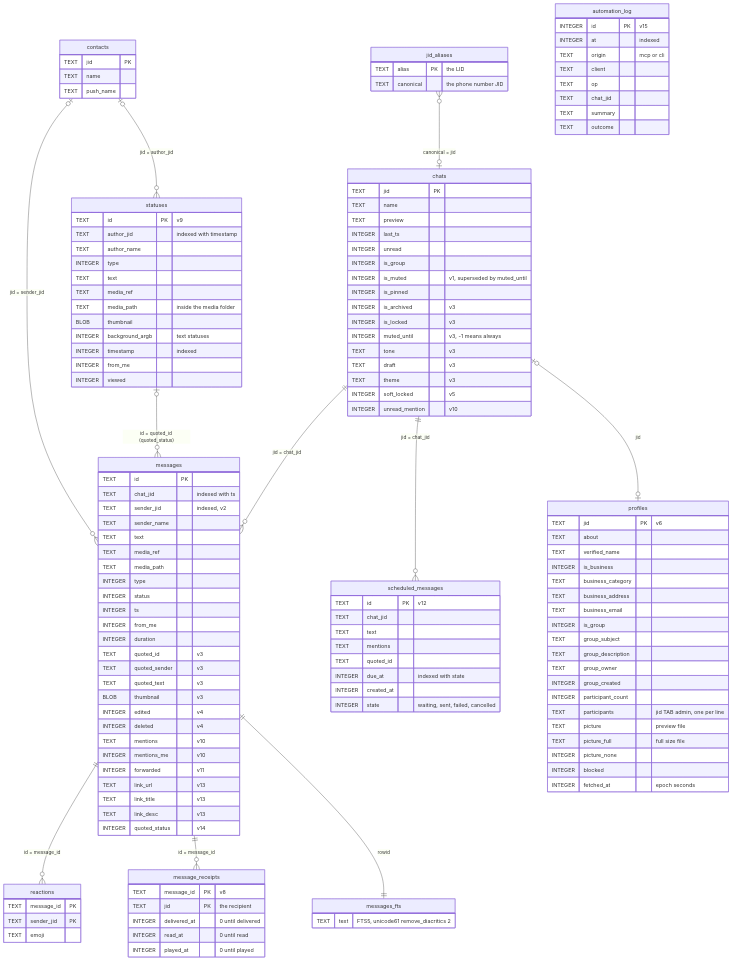
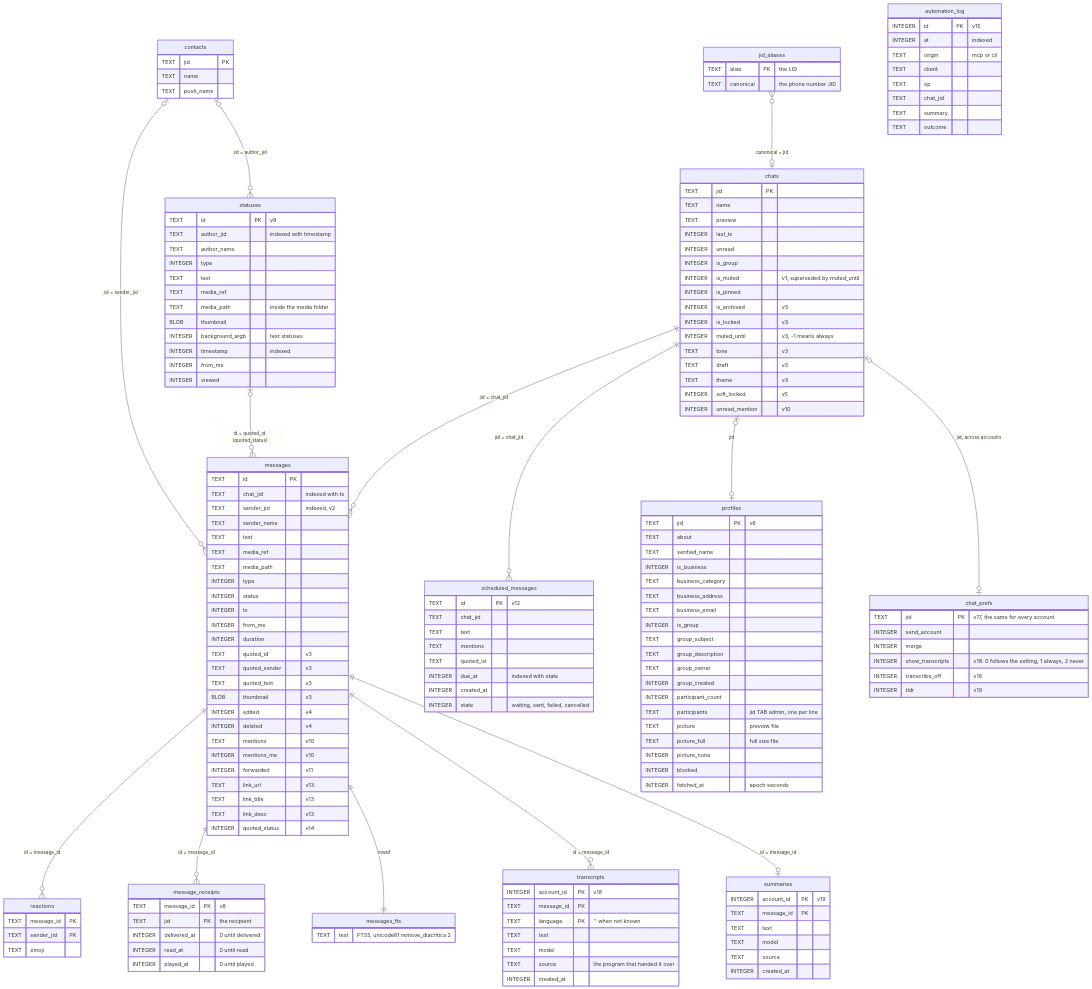
The sixth of 6 diagrams in ARCHITECTURE.md (LeonFNortje/tawk), drawn with Mermaid before and after one commit. The commit also changed other lines of this file and 7 other files, not shown here.

First line of the commit message:
Describe transcripts and TL;DR mode across the documentation (#12)

```diff
--- a/ARCHITECTURE.md
+++ b/ARCHITECTURE.md
@@ -504,6 +504,9 @@
     messages ||--|| messages_fts : "rowid"
     jid_aliases }o--o| chats : "canonical = jid"
     chats |o--o| profiles : "jid"
+    messages ||--o{ transcripts : "id = message_id"
+    messages ||--o| summaries : "id = message_id"
+    chats |o--o| chat_prefs : "jid, across accounts"
 
     chats {
         TEXT jid PK
@@ -601,6 +604,31 @@
         INTEGER created_at
         INTEGER state "waiting, sent, failed, cancelled"
     }
+    transcripts {
+        INTEGER account_id PK "v18"
+        TEXT message_id PK
+        TEXT language PK "'' when not known"
+        TEXT text
+        TEXT model
+        TEXT source "the program that handed it over"
+        INTEGER created_at
+    }
+    summaries {
+        INTEGER account_id PK "v19"
+        TEXT message_id PK
+        TEXT text
+        TEXT model
+        TEXT source
+        INTEGER created_at
+    }
+    chat_prefs {
+        TEXT jid PK "v17, the same for every account"
+        INTEGER send_account
+        INTEGER merge
+        INTEGER show_transcripts "v18: 0 follows the setting, 1 always, 2 never"
+        INTEGER transcribe_off "v18"
+        INTEGER tldr "v19"
+    }
     jid_aliases {
         TEXT alias PK "the LID"
         TEXT canonical "the phone number JID"
```
